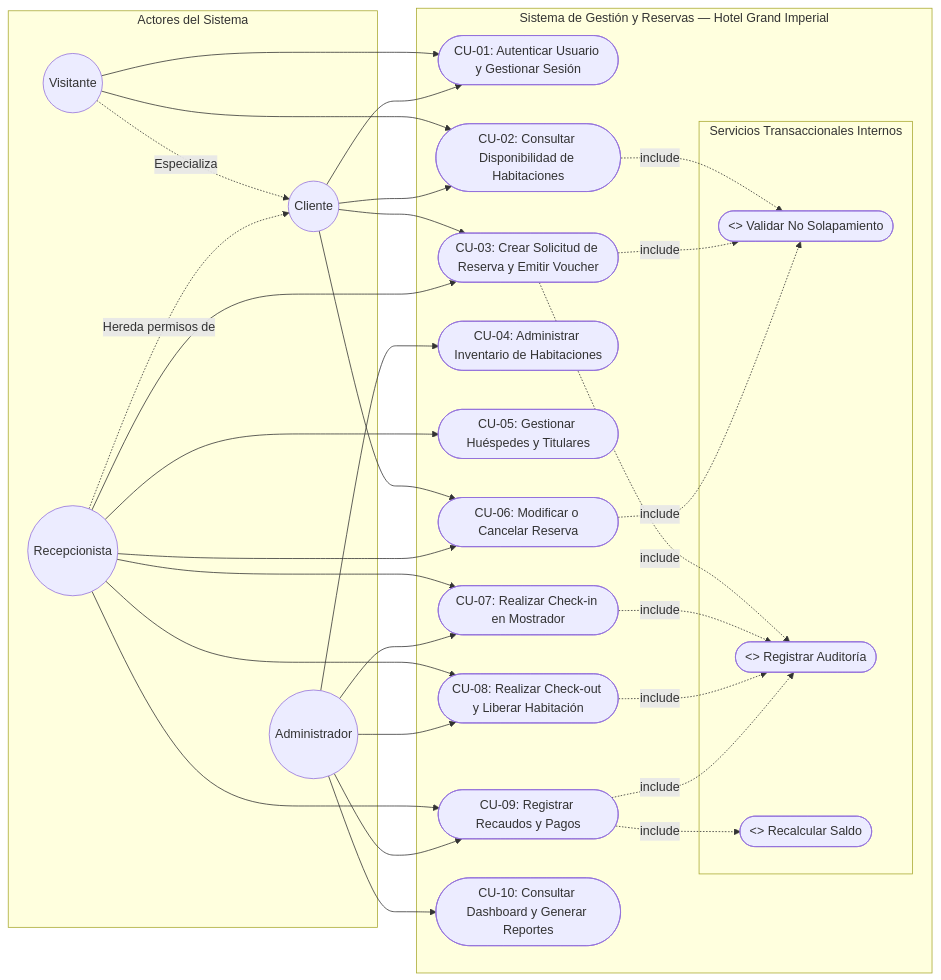
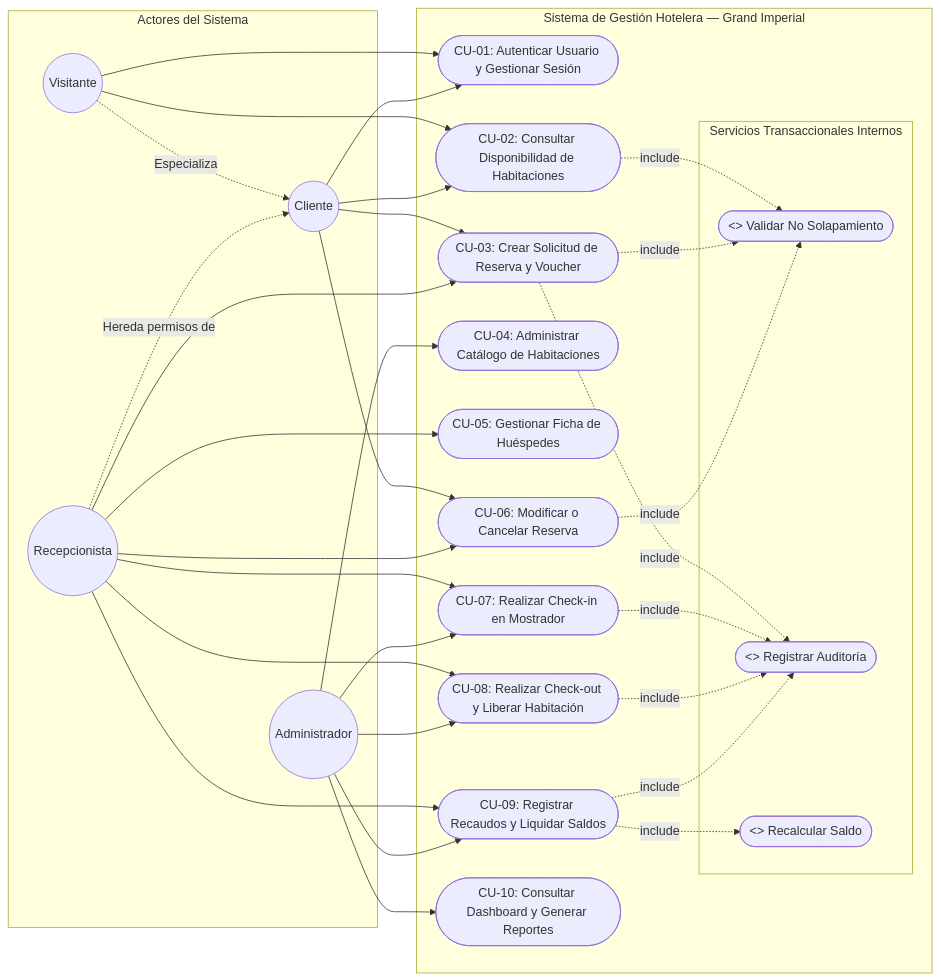
The second of 2 diagrams in docs/SRS_IEEE_830_GRAND_IMPERIAL.md (Alvaro-Papamija/Reservas-Hoteleras), drawn with Mermaid before and after one commit. The commit also changed other lines of this file and 2 other files, not shown here.

Commit message:
docs: restructure Reservas Hoteleras SRS under full IEEE 830 / ISO 29148 standard

````diff
--- a/docs/SRS_IEEE_830_GRAND_IMPERIAL.md
+++ b/docs/SRS_IEEE_830_GRAND_IMPERIAL.md
@@ -456,68 +276,64 @@
 ```mermaid
 flowchart LR
-    %% Declaración de Actores
+    %% Actores
     subgraph ACTORES ["Actores del Sistema"]
+        Visitante(("Visitante"))
+        Cliente(("Cliente"))
+        Recepcionista(("Recepcionista"))
         Admin(("Administrador"))
-        Recep(("Recepcionista"))
-        Client(("Cliente"))
-        Visit(("Visitante"))
     end
 
-    %% Herencia de Actores
-    Visit -.->|Especializa| Client
-    Recep -.->|Hereda permisos de| Client
+    %% Especializaciones
+    Visitante -.->|Especializa| Cliente
+    Recepcionista -.->|Hereda permisos de| Cliente
 
     %% Límite del Sistema
-    subgraph SISTEMA ["Sistema de Gestión y Reservas — Hotel Grand Imperial"]
+    subgraph SISTEMA ["Sistema de Gestión Hotelera — Grand Imperial"]
         CU01(["CU-01: Autenticar Usuario y Gestionar Sesión"])
         CU02(["CU-02: Consultar Disponibilidad de Habitaciones"])
-        CU03(["CU-03: Crear Solicitud de Reserva y Emitir Voucher"])
-        CU04(["CU-04: Administrar Inventario de Habitaciones"])
-        CU05(["CU-05: Gestionar Huéspedes y Titulares"])
+        CU03(["CU-03: Crear Solicitud de Reserva y Voucher"])
+        CU04(["CU-04: Administrar Catálogo de Habitaciones"])
+        CU05(["CU-05: Gestionar Ficha de Huéspedes"])
         CU06(["CU-06: Modificar o Cancelar Reserva"])
         CU07(["CU-07: Realizar Check-in en Mostrador"])
         CU08(["CU-08: Realizar Check-out y Liberar Habitación"])
-        CU09(["CU-09: Registrar Recaudos y Pagos"])
+        CU09(["CU-09: Registrar Recaudos y Liquidar Saldos"])
         CU10(["CU-10: Consultar Dashboard y Generar Reportes"])
 
-        %% Casos de soporte / includes
-        subgraph SOPORTE ["Servicios Transaccionales Internos"]
-            VAL_DISP(["<<include>> Validar No Solapamiento"])
-            AUDIT(["<<include>> Registrar Auditoría"])
+        %% Servicios transaccionales incluidos
+        subgraph TRANSACCIONES ["Servicios Transaccionales Internos"]
+            VAL_SOLAP(["<<include>> Validar No Solapamiento"])
+            REG_AUDIT(["<<include>> Registrar Auditoría"])
             REC_SALDO(["<<include>> Recalcular Saldo"])
         end
     end
 
-    %% Relaciones de Visitante / Cliente
-    Visit --> CU01
-    Visit --> CU02
-    Client --> CU01
-    Client --> CU02
-    Client --> CU03
-    Client --> CU06
-
-    %% Relaciones de Recepcionista
-    Recep --> CU03
-    Recep --> CU05
-    Recep --> CU06
-    Recep --> CU07
-    Recep --> CU08
-    Recep --> CU09
-
-    %% Relaciones de Administrador
+    %% Relaciones de Casos de Uso
+    Visitante --> CU01
+    Visitante --> CU02
+    Cliente --> CU01
+    Cliente --> CU02
+    Cliente --> CU03
+    Cliente --> CU06
+    Recepcionista --> CU03
+    Recepcionista --> CU05
+    Recepcionista --> CU06
+    Recepcionista --> CU07
+    Recepcionista --> CU08
+    Recepcionista --> CU09
     Admin --> CU04
     Admin --> CU09
     Admin --> CU10
     Admin --> CU07
     Admin --> CU08
 
-    %% Inclusiones transaccionales
-    CU02 -.->|include| VAL_DISP
-    CU03 -.->|include| VAL_DISP
-    CU03 -.->|include| AUDIT
-    CU06 -.->|include| VAL_DISP
-    CU07 -.->|include| AUDIT
-    CU08 -.->|include| AUDIT
+    %% Inclusiones
+    CU02 -.->|include| VAL_SOLAP
+    CU03 -.->|include| VAL_SOLAP
+    CU03 -.->|include| REG_AUDIT
+    CU06 -.->|include| VAL_SOLAP
+    CU07 -.->|include| REG_AUDIT
+    CU08 -.->|include| REG_AUDIT
     CU09 -.->|include| REC_SALDO
-    CU09 -.->|include| AUDIT
+    CU09 -.->|include| REG_AUDIT
 ```
````
